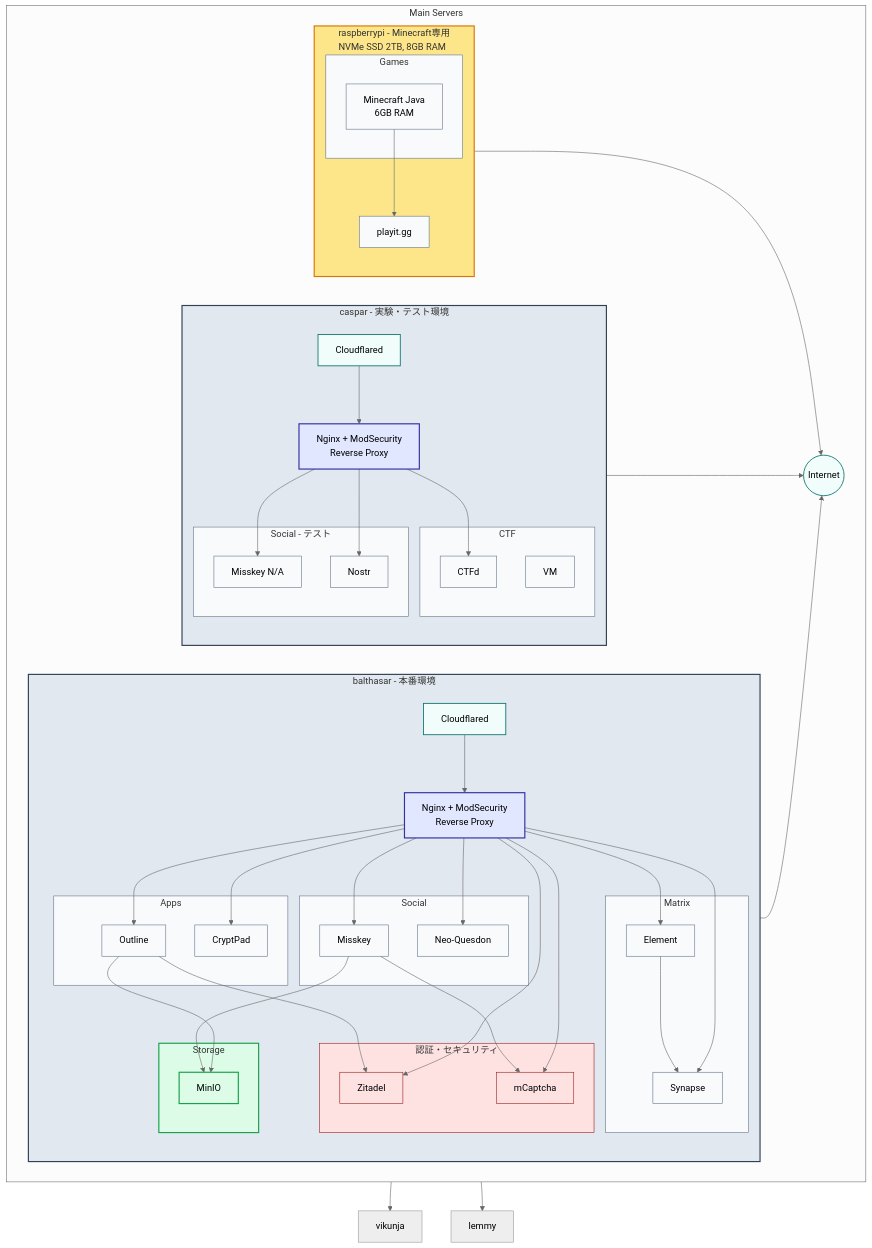
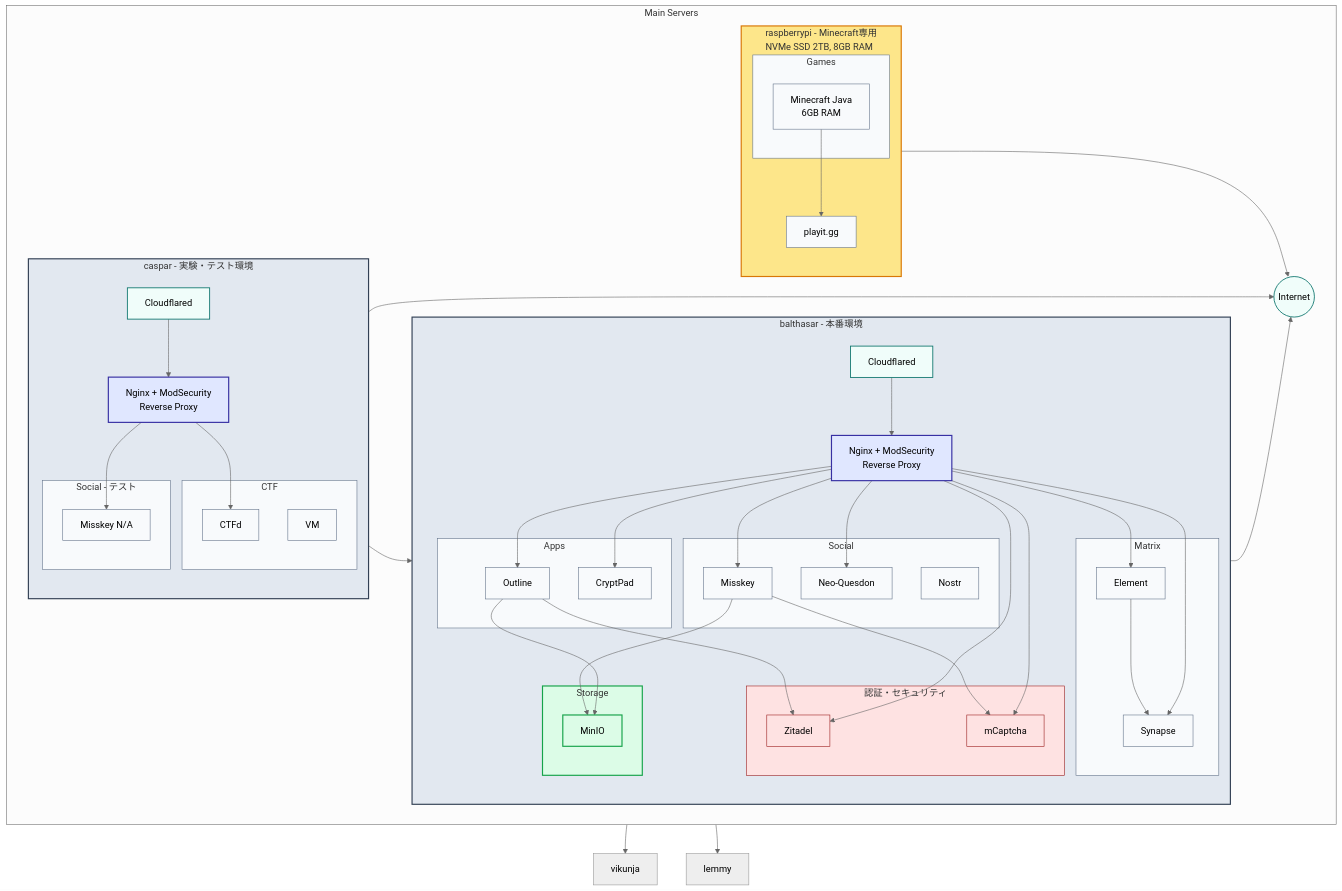
One commit to yamisskey-dev/hosted-list changed the first of 5 diagrams in README.md. Above: the diagram before and after it, drawn with Mermaid (neutral theme). The commit also changed other lines of this file, not shown here.

```diff
--- a/README.md
+++ b/README.md
@@ -26,6 +26,7 @@
             subgraph social[Social]
                 yamisskey[Misskey]:::service
                 neoquesdon[Neo-Quesdon]:::service
+                nostream[Nostr]:::service
             end
             
             subgraph matrix[Matrix]
@@ -60,7 +61,6 @@
             
             subgraph social_c[Social - テスト]
                 nayamisskey[Misskey N/A]:::service
-                nostream[Nostr]:::service
             end
         end
         
```
